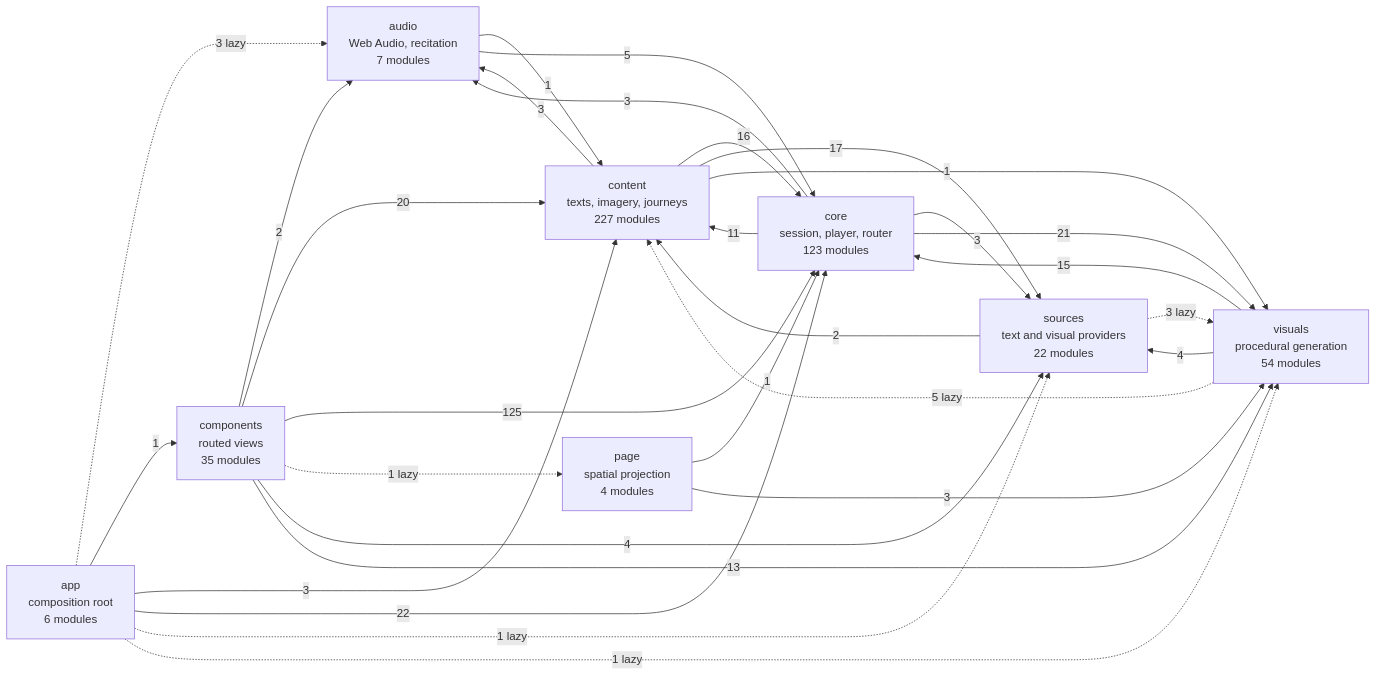
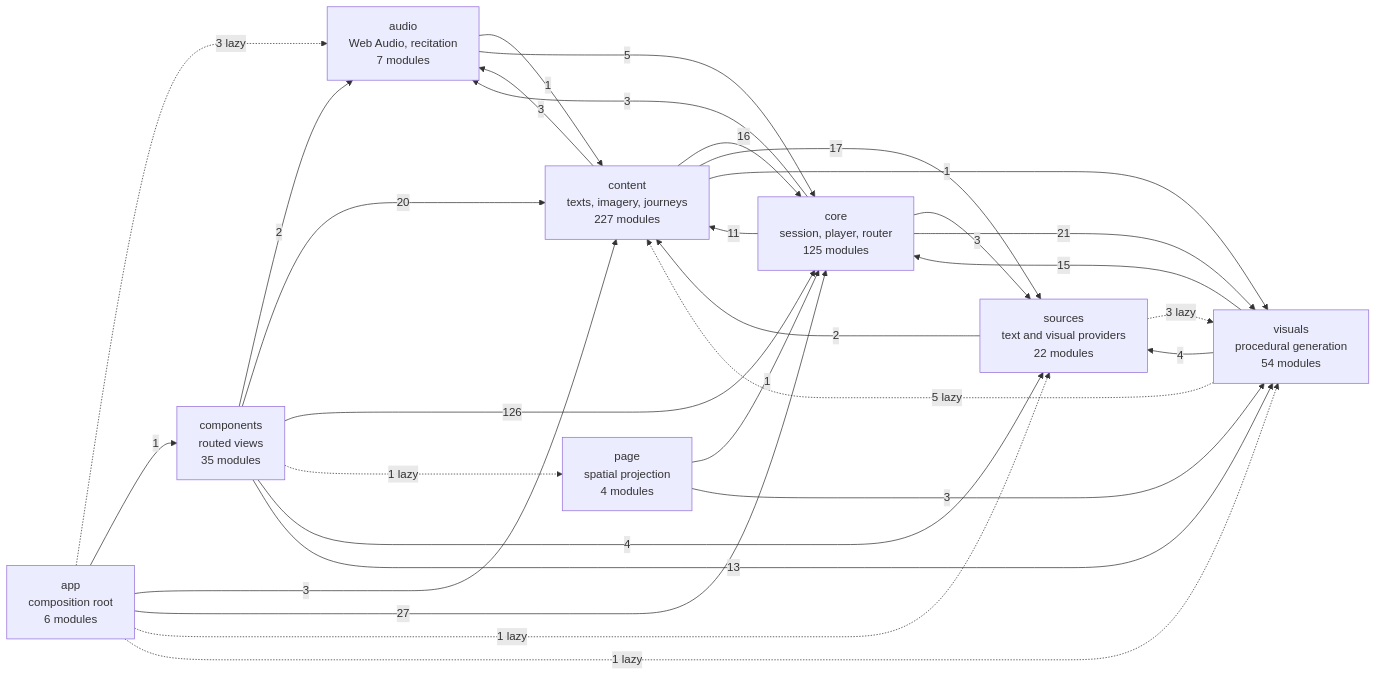
One commit to SyberLabs/RISE changed the diagram in docs/specs/ARCHITECTURE.md. Above: the diagram before and after it, drawn with Mermaid. The commit also changed 4 other files, not shown here.

````diff
--- a/docs/specs/ARCHITECTURE.md
+++ b/docs/specs/ARCHITECTURE.md
@@ -160,41 +160,41 @@
 ```mermaid
 flowchart LR
     app["app<br/>composition root<br/>6 modules"]
     audio["audio<br/>Web Audio, recitation<br/>7 modules"]
     components["components<br/>routed views<br/>35 modules"]
     content["content<br/>texts, imagery, journeys<br/>227 modules"]
-    core["core<br/>session, player, router<br/>123 modules"]
+    core["core<br/>session, player, router<br/>125 modules"]
     page["page<br/>spatial projection<br/>4 modules"]
     sources["sources<br/>text and visual providers<br/>22 modules"]
     visuals["visuals<br/>procedural generation<br/>54 modules"]
 
     app -.-> |3 lazy| audio
     app --> |1| components
     app --> |3| content
-    app --> |22| core
+    app --> |27| core
     app -.-> |1 lazy| sources
     app -.-> |1 lazy| visuals
     audio --> |1| content
     audio --> |5| core
     components --> |2| audio
     components --> |20| content
-    components --> |125| core
+    components --> |126| core
     components -.-> |1 lazy| page
     components --> |4| sources
     components --> |13| visuals
     content --> |3| audio
     content --> |16| core
     content --> |17| sources
     content --> |1| visuals
     core --> |3| audio
     core --> |11| content
     core --> |3| sources
     core --> |21| visuals
     page --> |1| core
     page --> |3| visuals
     sources --> |2| content
     sources -.-> |3 lazy| visuals
     visuals -.-> |5 lazy| content
     visuals --> |15| core
     visuals --> |4| sources
 ```
````
